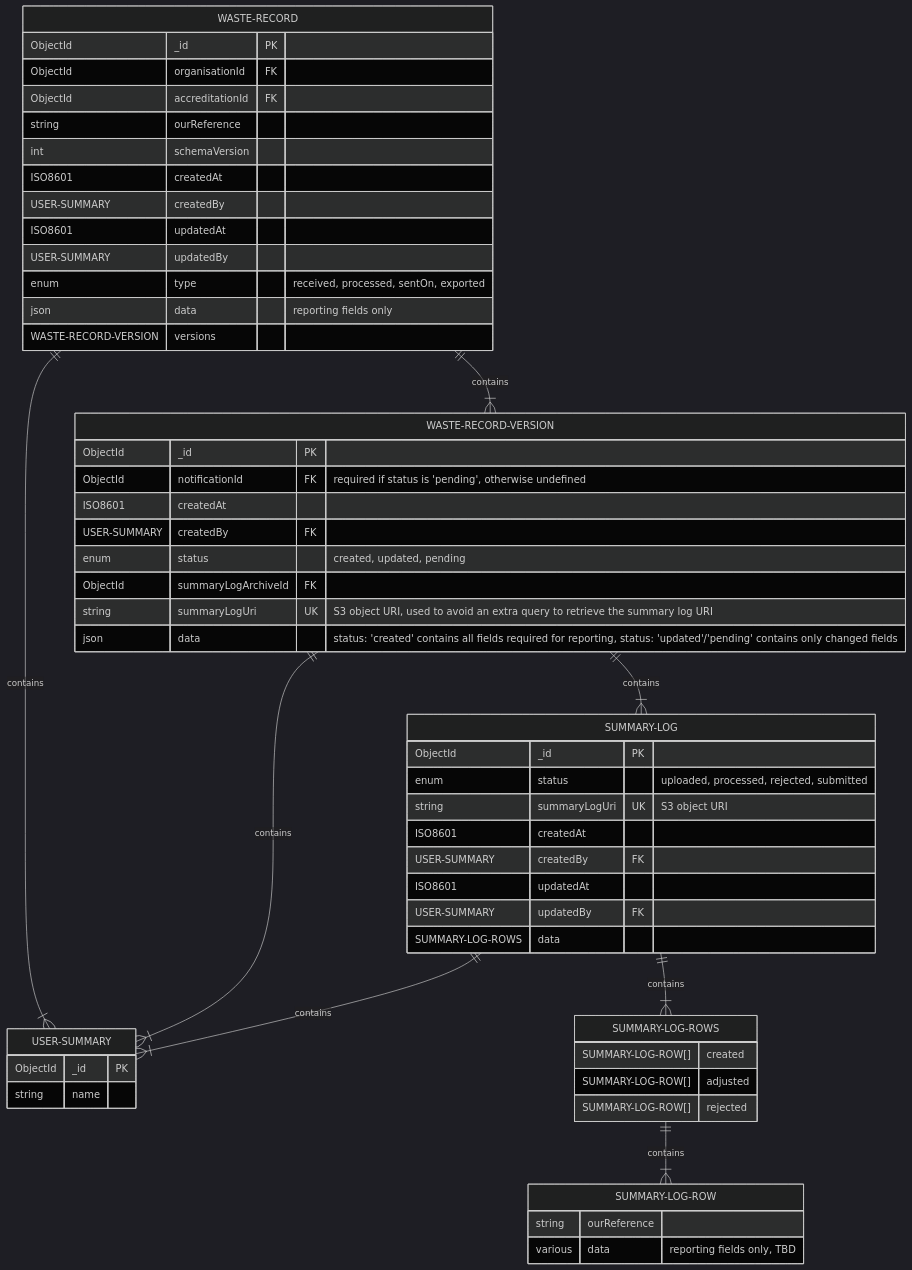
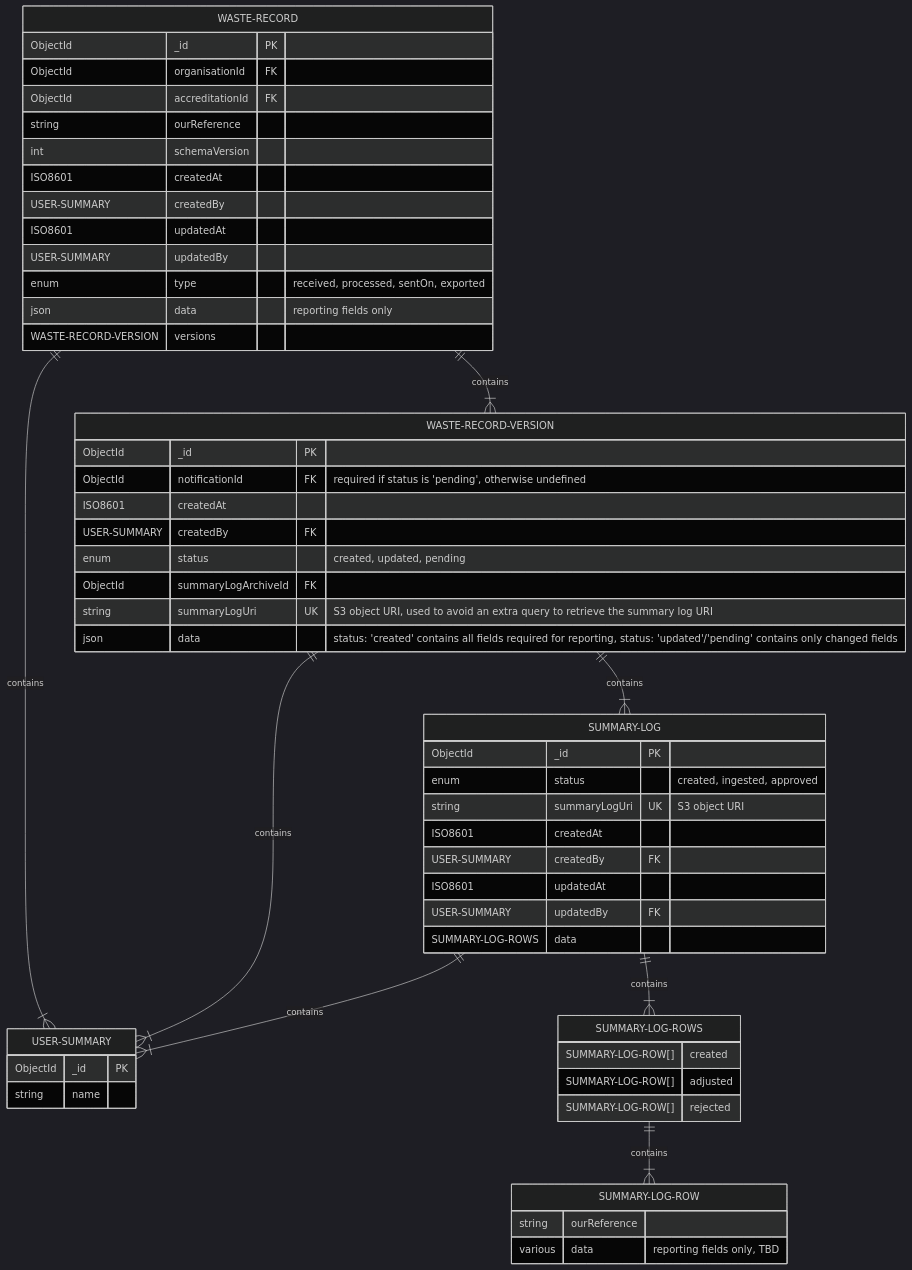
One commit to DEFRA/epr-backend changed the first of 3 diagrams in docs/architecture/discovery/pepr-lld.md. Above: the diagram before and after it, drawn with Mermaid (dark theme). The commit also changed 1 other file, not shown here.

Commit message:
PAE-204: add missing SummaryLog statuses

````diff
--- a/docs/architecture/discovery/pepr-lld.md
+++ b/docs/architecture/discovery/pepr-lld.md
@@ -264,63 +264,63 @@
 ```mermaid
 erDiagram
   WASTE-RECORD {
     ObjectId _id PK
     ObjectId organisationId FK
     ObjectId accreditationId FK
     string ourReference
     int schemaVersion
     ISO8601 createdAt
     USER-SUMMARY createdBy
     ISO8601 updatedAt
     USER-SUMMARY updatedBy
     enum type "received, processed, sentOn, exported"
     json data "reporting fields only"
     WASTE-RECORD-VERSION versions
   }
 
   WASTE-RECORD-VERSION {
     ObjectId _id PK
     ObjectId notificationId FK "required if status is 'pending', otherwise undefined"
     ISO8601 createdAt
     USER-SUMMARY createdBy FK
     enum status "created, updated, pending"
     ObjectId summaryLogArchiveId FK
     string summaryLogUri UK "S3 object URI, used to avoid an extra query to retrieve the summary log URI"
     json data "status: 'created' contains all fields required for reporting, status: 'updated'/'pending' contains only changed fields"
   }
 
   USER-SUMMARY {
     ObjectId _id PK
     string name
   }
 
   SUMMARY-LOG {
     ObjectId _id PK
-    enum status "uploaded, processed, rejected, submitted"
+    enum status "created, ingested, approved"
     string summaryLogUri UK "S3 object URI"
     ISO8601 createdAt
     USER-SUMMARY createdBy FK
     ISO8601 updatedAt
     USER-SUMMARY updatedBy FK
     SUMMARY-LOG-ROWS data
   }
 
   SUMMARY-LOG-ROWS {
     SUMMARY-LOG-ROW[] created
     SUMMARY-LOG-ROW[] adjusted
     SUMMARY-LOG-ROW[] rejected
   }
 
   SUMMARY-LOG-ROW {
     string ourReference
     various data "reporting fields only, TBD"
   }
 
   WASTE-RECORD ||--|{ WASTE-RECORD-VERSION : contains
   WASTE-RECORD ||--|{ USER-SUMMARY : contains
   WASTE-RECORD-VERSION ||--|{ USER-SUMMARY : contains
   WASTE-RECORD-VERSION ||--|{ SUMMARY-LOG : contains
   SUMMARY-LOG ||--|{ USER-SUMMARY : contains
   SUMMARY-LOG ||--|{ SUMMARY-LOG-ROWS : contains
   SUMMARY-LOG-ROWS ||--|{ SUMMARY-LOG-ROW : contains
 ```
````
